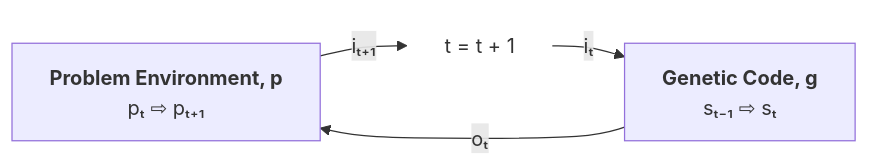
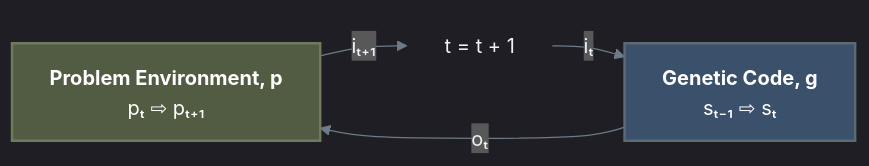
The diagram in docs/intro/overview.md (Shapedsundew9/erasmus-gp), drawn with Mermaid before and after one commit. The commit also changed 21 other files, not shown here.

First line of the commit message:
Enhance Mermaid Diagrams and Color Consistency Across Documentation

````diff
--- a/docs/intro/overview.md
+++ b/docs/intro/overview.md
@@ -11,14 +11,16 @@
 ```mermaid
+%%{init: { 'theme': 'dark', 'themeVariables': { 'lineColor': '#6c7a89', 'textColor': '#edf2f4', 'mainBkg': '#2b2d42', 'primaryBorderColor': '#4a4e69' }}}%%
 flowchart LR
+    %% Base/Default (Dark Slate)
+    classDef default fill:#2b2d42,stroke:#4a4e69,stroke-width:2px,color:#edf2f4
+    classDef dataBlue fill:#3a506b,stroke:#5c6b73,stroke-width:2px,color:#ffffff
+    classDef dataOlive fill:#525c42,stroke:#6f7a5d,stroke-width:2px,color:#ffffff
+    classDef noborder fill:none,stroke:none;
 
-    p["<b>Problem Environment, p</b><br>pₜ ⇨ pₜ₊₁"]
-
-    gc["<b>Genetic Code, g</b><br>sₜ₋₁ ⇨ sₜ"]
-
+    p["<b>Problem Environment, p</b><br>pₜ ⇨ pₜ₊₁"]:::dataOlive
+    gc["<b>Genetic Code, g</b><br>sₜ₋₁ ⇨ sₜ"]:::dataBlue
     time["t = t + 1"]:::noborder
     
     p -- "iₜ₊₁" --> time -- "iₜ" --> gc 
     gc -- "oₜ" --> p
-
-    classDef noborder fill:none,stroke:none;
 ```
````
